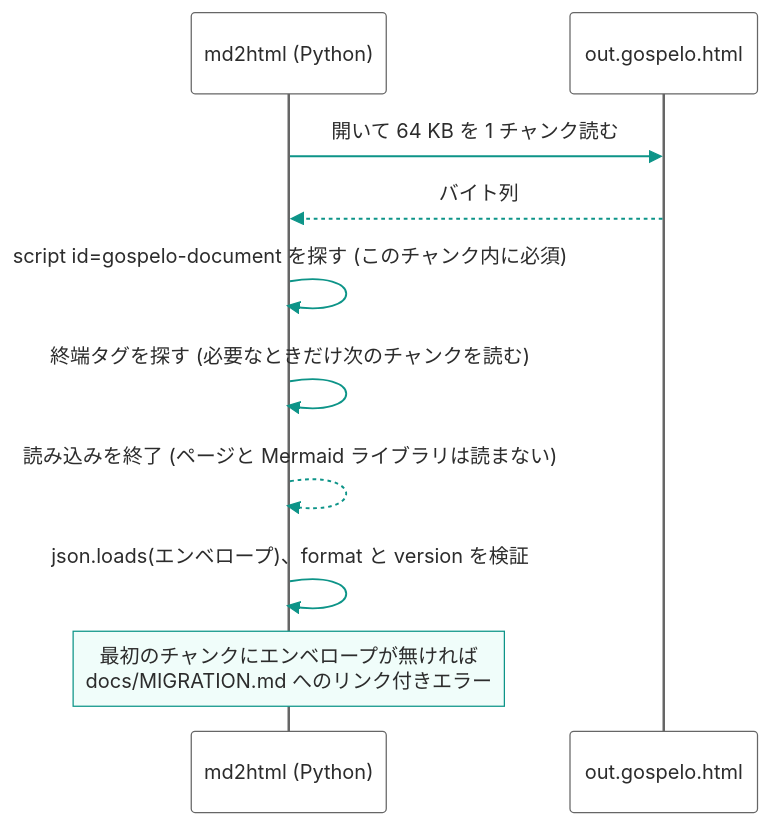
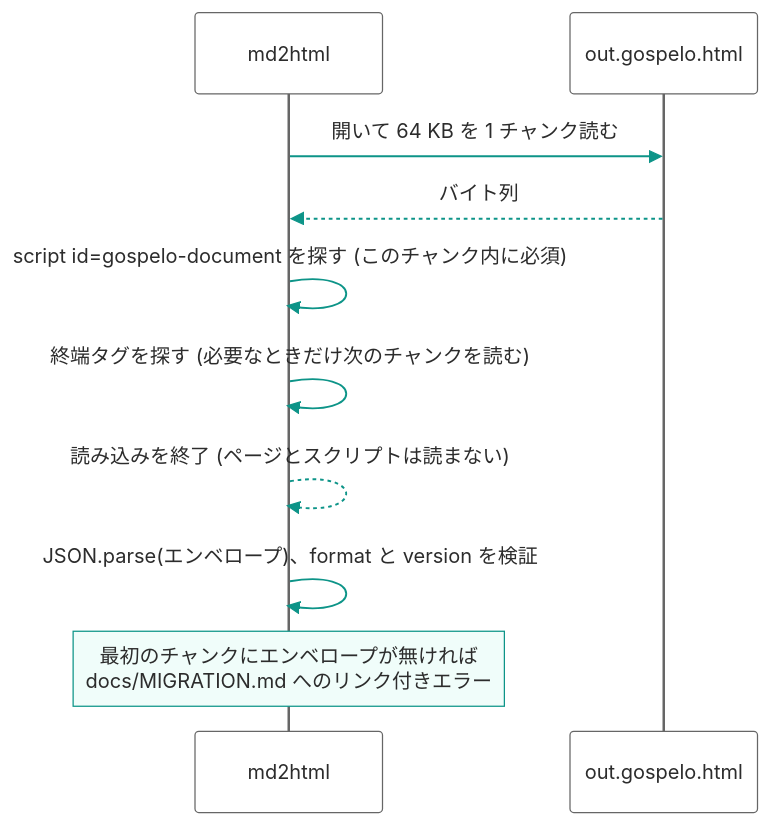
One commit to gospelo-dev/md2html changed the fourth of 5 diagrams in docs/ARCHITECTURE_ja.md. Above: the diagram before and after it, drawn with Mermaid. The commit also changed other lines of this file and 92 other files, not shown here.

````diff
--- a/docs/ARCHITECTURE_ja.md
+++ b/docs/ARCHITECTURE_ja.md
@@ -138,14 +138,14 @@
 ```mermaid
 %%{init: {'theme': 'base', 'themeVariables': {'actorBkg': '#FFFFFF', 'actorBorder': '#666666', 'actorTextColor': '#2C2C2C', 'signalColor': '#0D9488', 'signalTextColor': '#2C2C2C', 'noteBkgColor': '#F0FDFA', 'noteBorderColor': '#0D9488', 'noteTextColor': '#2C2C2C', 'activationBkgColor': '#F8FAFC', 'activationBorderColor': '#94A3B8', 'loopTextColor': '#2C2C2C', 'labelBoxBkgColor': '#F0FDFA', 'labelBoxBorderColor': '#0D9488', 'labelTextColor': '#2C2C2C'}}}%%
 sequenceDiagram
-    participant T as md2html (Python)
+    participant T as md2html
     participant F as out.gospelo.html
 
     T->>F: 開いて 64 KB を 1 チャンク読む
     F-->>T: バイト列
     T->>T: script id=gospelo-document を探す (このチャンク内に必須)
     T->>T: 終端タグを探す (必要なときだけ次のチャンクを読む)
-    T-->>T: 読み込みを終了 (ページと Mermaid ライブラリは読まない)
-    T->>T: json.loads(エンベロープ)、format と version を検証
+    T-->>T: 読み込みを終了 (ページとスクリプトは読まない)
+    T->>T: JSON.parse(エンベロープ)、format と version を検証
     Note over T: 最初のチャンクにエンベロープが無ければ<br/>docs/MIGRATION.md へのリンク付きエラー
 ```
````
